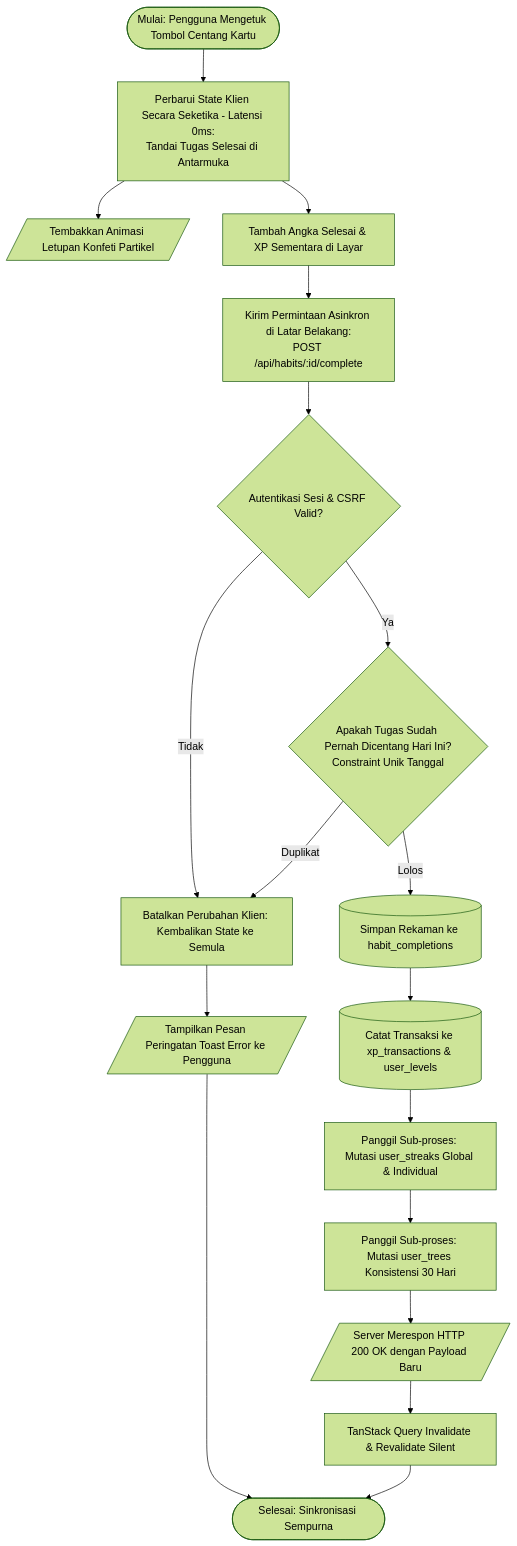
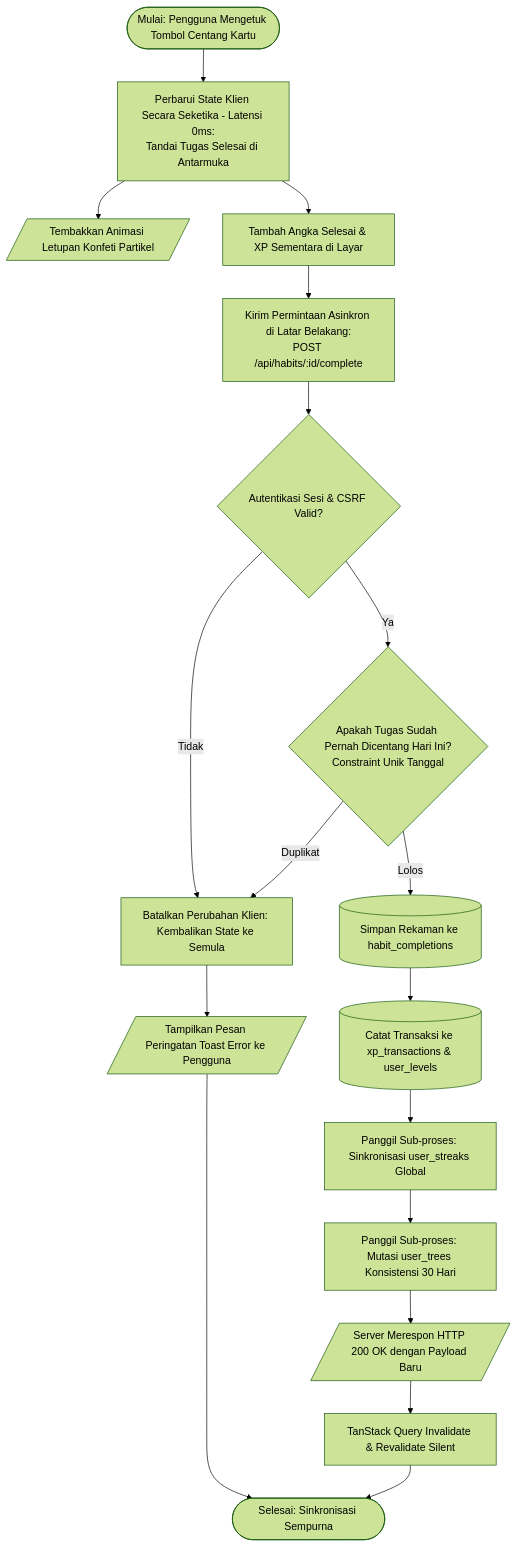
The eighth of 13 diagrams in PROJECT_DOCUMENTATION.md (Vincentaa7/HabitGrow), drawn with Mermaid (forest theme) before and after one commit. The commit also changed other lines of this file and 17 other files, not shown here.

````diff
--- a/PROJECT_DOCUMENTATION.md
+++ b/PROJECT_DOCUMENTATION.md
@@ -645,26 +645,26 @@
 ```mermaid
 flowchart TD
     Start([Mulai: Pengguna Mengetuk Tombol Centang Kartu]) --> OptimisticLocal[Perbarui State Klien Secara Seketika - Latensi 0ms:<br/>Tandai Tugas Selesai di Antarmuka]
     OptimisticLocal --> TriggerConfetti[/Tembakkan Animasi Letupan Konfeti Partikel/]
     OptimisticLocal --> OptimisticCounter[Tambah Angka Selesai & XP Sementara di Layar]
     
     OptimisticCounter --> AsyncCall[Kirim Permintaan Asinkron di Latar Belakang:<br/>POST /api/habits/:id/complete]
     AsyncCall --> ValidateAuth{Autentikasi Sesi & CSRF Valid?}
     
     ValidateAuth -- Tidak --> TriggerRollback[Batalkan Perubahan Klien: Kembalikan State ke Semula]
     ValidateAuth -- Ya --> CheckUniqueDate{Apakah Tugas Sudah Pernah Dicentang Hari Ini?<br/>Constraint Unik Tanggal}
     
     CheckUniqueDate -- Duplikat --> TriggerRollback
     CheckUniqueDate -- Lolos --> CommitDB[(Simpan Rekaman ke habit_completions)]
     
     CommitDB --> RecordXP[(Catat Transaksi ke xp_transactions & user_levels)]
-    RecordXP --> UpdateStreakSub[Panggil Sub-proses: Mutasi user_streaks Global & Individual]
+    RecordXP --> UpdateStreakSub[Panggil Sub-proses: Sinkronisasi user_streaks Global]
     UpdateStreakSub --> UpdateTreeSub[Panggil Sub-proses: Mutasi user_trees Konsistensi 30 Hari]
     
     UpdateTreeSub --> ServerOK[/Server Merespon HTTP 200 OK dengan Payload Baru/]
     ServerOK --> InvalidateQuery[TanStack Query Invalidate & Revalidate Silent]
     InvalidateQuery --> End([Selesai: Sinkronisasi Sempurna])
 
     TriggerRollback --> ShowToast[/Tampilkan Pesan Peringatan Toast Error ke Pengguna/]
     ShowToast --> End
 ```
````
